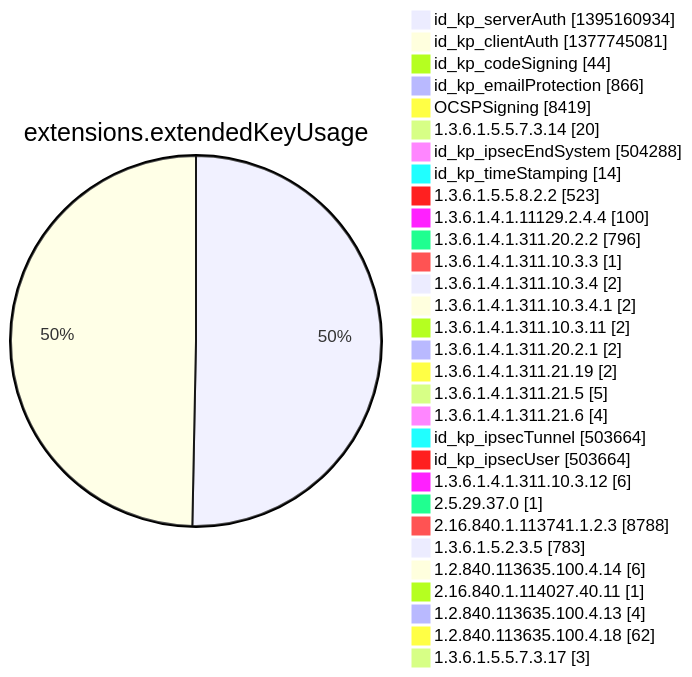
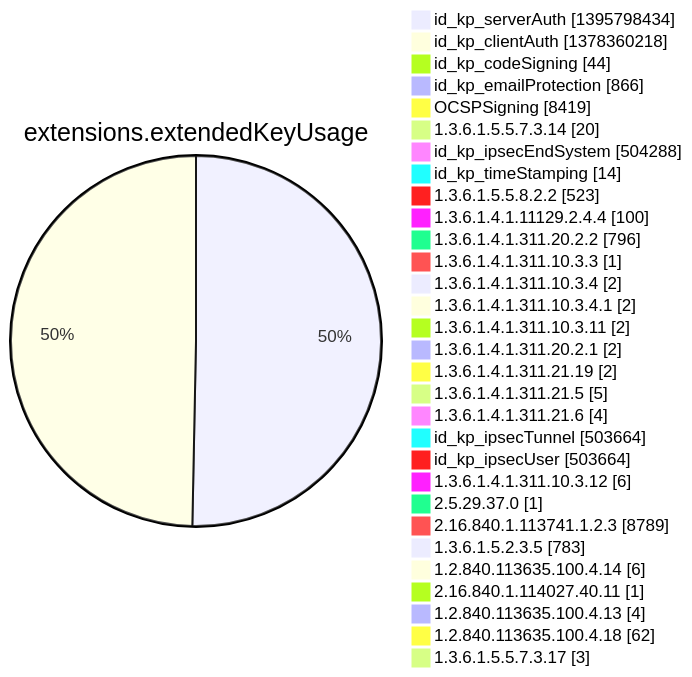
Before and after one commit to christiankrug/ctmonitor_visualization: diagram 12 of 15 in argon2022/README.md, drawn with Mermaid. The commit also changed other lines of this file, not shown here.

````diff
--- a/argon2022/README.md
+++ b/argon2022/README.md
@@ -3554,34 +3554,34 @@
 ```mermaid
 pie showData
 title extensions.extendedKeyUsage
-"id_kp_serverAuth" :1395160934
-"id_kp_clientAuth" :1377745081
+"id_kp_serverAuth" :1395798434
+"id_kp_clientAuth" :1378360218
 "id_kp_codeSigning" :44
 "id_kp_emailProtection" :866
 "OCSPSigning" :8419
 "1.3.6.1.5.5.7.3.14" :20
 "id_kp_ipsecEndSystem" :504288
 "id_kp_timeStamping" :14
 "1.3.6.1.5.5.8.2.2" :523
 "1.3.6.1.4.1.11129.2.4.4" :100
 "1.3.6.1.4.1.311.20.2.2" :796
 "1.3.6.1.4.1.311.10.3.3" :1
 "1.3.6.1.4.1.311.10.3.4" :2
 "1.3.6.1.4.1.311.10.3.4.1" :2
 "1.3.6.1.4.1.311.10.3.11" :2
 "1.3.6.1.4.1.311.20.2.1" :2
 "1.3.6.1.4.1.311.21.19" :2
 "1.3.6.1.4.1.311.21.5" :5
 "1.3.6.1.4.1.311.21.6" :4
 "id_kp_ipsecTunnel" :503664
 "id_kp_ipsecUser" :503664
 "1.3.6.1.4.1.311.10.3.12" :6
 "2.5.29.37.0" :1
-"2.16.840.1.113741.1.2.3" :8788
+"2.16.840.1.113741.1.2.3" :8789
 "1.3.6.1.5.2.3.5" :783
 "1.2.840.113635.100.4.14" :6
 "2.16.840.1.114027.40.11" :1
 "1.2.840.113635.100.4.13" :4
 "1.2.840.113635.100.4.18" :62
 "1.3.6.1.5.5.7.3.17" :3
 ```
````
